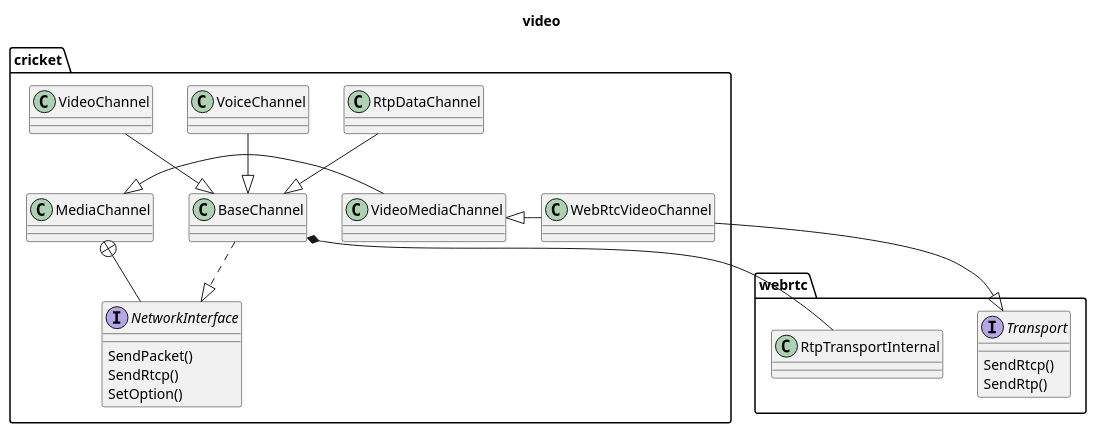
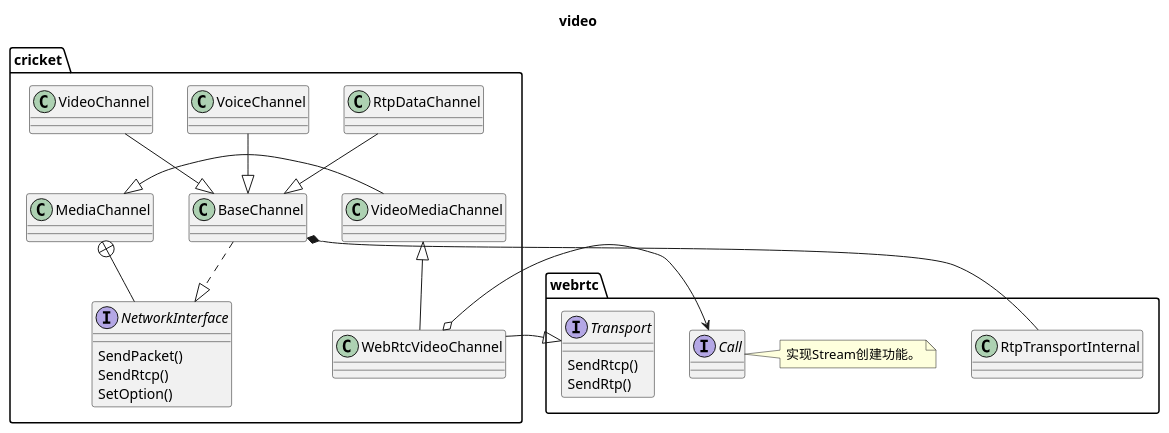
One commit to mingxin505/webrtcNote changed diagram 12 of 19 in webrtc_chrome/Design.md. Above: the diagram before and after it, drawn with PlantUML. The commit also changed 3 other files, not shown here.

`````diff
--- a/webrtc_chrome/Design.md
+++ b/webrtc_chrome/Design.md
@@ -207,27 +207,31 @@
 ````plantuml
 title "video"
 package webrtc { 
     interface Transport {
         SendRtcp()
         SendRtp()
     }
+    interface Call 
+    note right: 实现Stream创建功能。
+
     class RtpTransportInternal {}
 }
 package cricket {
     interface NetworkInterface {
         SendPacket()
         SendRtcp()
         SetOption()
     }
     MediaChannel +-- NetworkInterface
     VideoMediaChannel -left-|> MediaChannel
-    WebRtcVideoChannel -left-|> VideoMediaChannel
+    WebRtcVideoChannel -up-|> VideoMediaChannel
     WebRtcVideoChannel -left-|> Transport
+    WebRtcVideoChannel o--> Call 
 
     BaseChannel ..|> NetworkInterface
     BaseChannel *-- RtpTransportInternal
     RtpDataChannel --|> BaseChannel
     VoiceChannel --|> BaseChannel
     VideoChannel --|> BaseChannel
 }
 ````
`````
